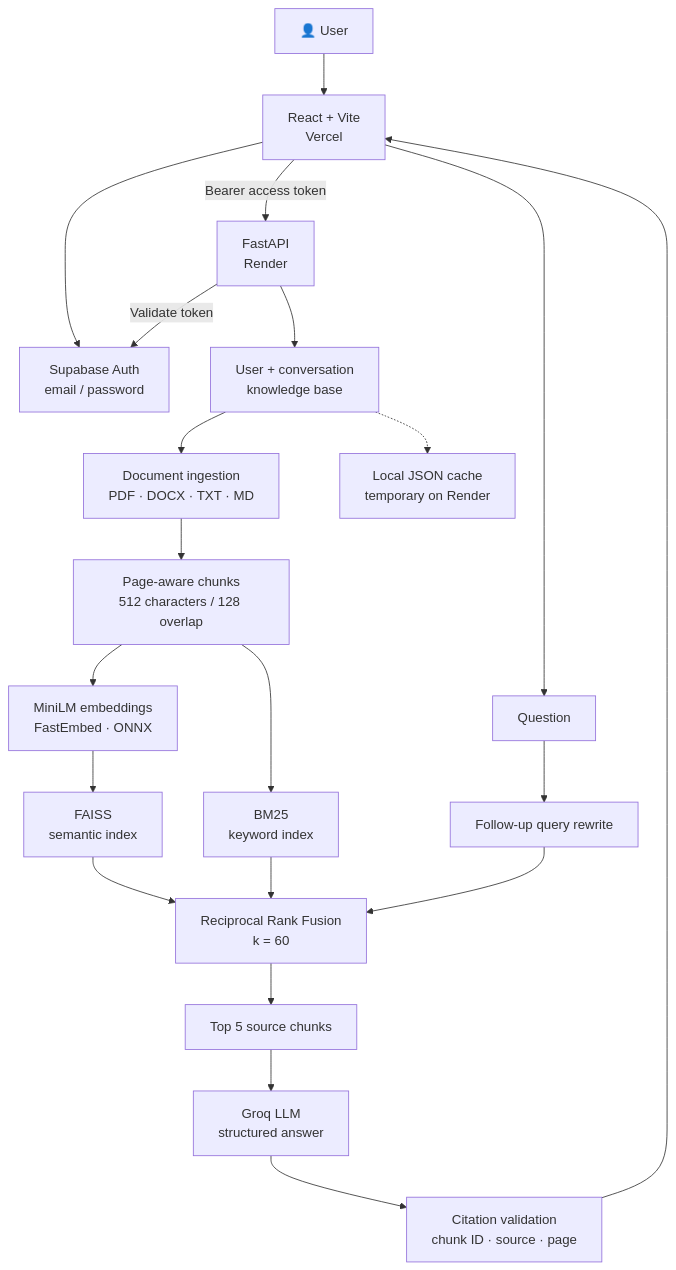
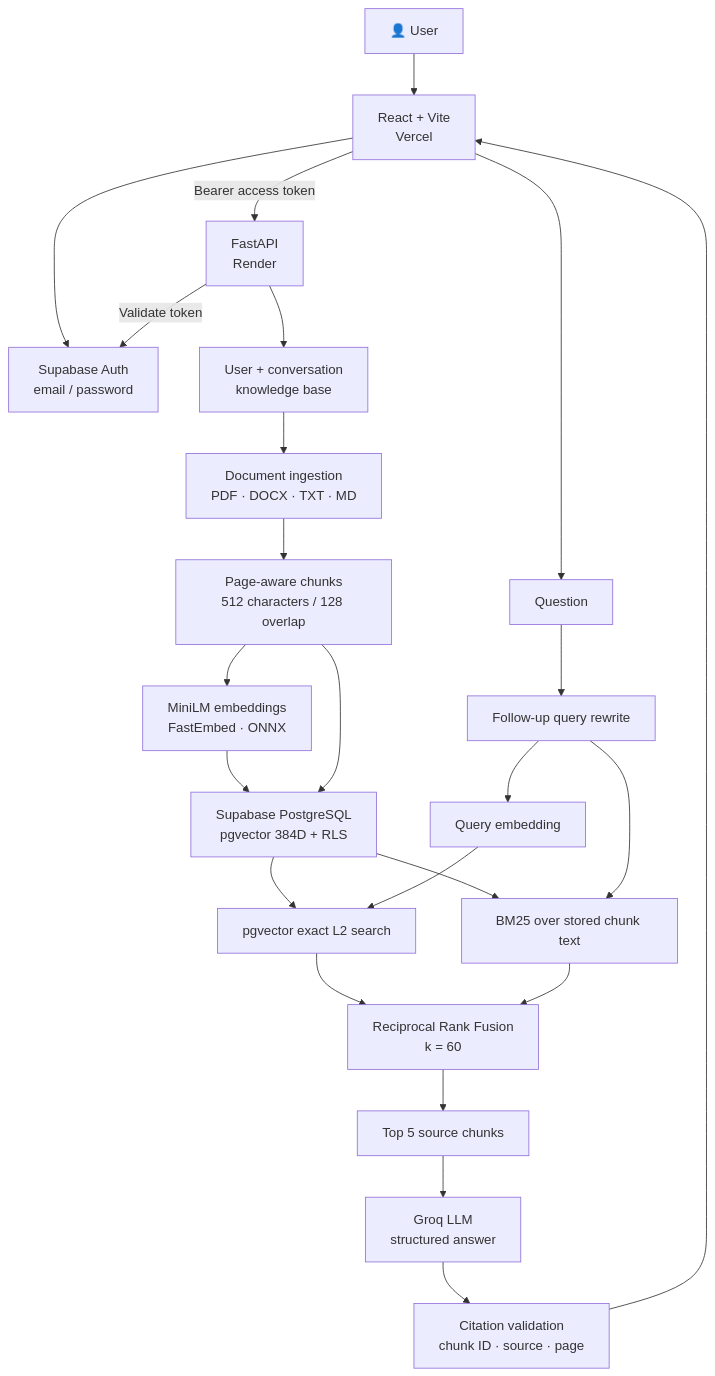
Before and after one commit to Raghavuchiha/querylens: the diagram in README.md, drawn with Mermaid. The commit also changed other lines of this file, not shown here.

Commit message:
Document pgvector architecture, security and migration status

````diff
--- a/README.md
+++ b/README.md
@@ -54,23 +56,26 @@
 ```mermaid
 flowchart TB
     USER["👤 User"] --> UI["React + Vite<br/>Vercel"]
     UI --> AUTH["Supabase Auth<br/>email / password"]
     UI -->|Bearer access token| API["FastAPI<br/>Render"]
     API -->|Validate token| AUTH
     API --> KBS["User + conversation<br/>knowledge base"]
     KBS --> UP["Document ingestion<br/>PDF · DOCX · TXT · MD"]
     UP --> CHUNK["Page-aware chunks<br/>512 characters / 128 overlap"]
     CHUNK --> EMB["MiniLM embeddings<br/>FastEmbed · ONNX"]
-    EMB --> FAISS["FAISS<br/>semantic index"]
-    CHUNK --> BM25["BM25<br/>keyword index"]
-    FAISS --> RRF["Reciprocal Rank Fusion<br/>k = 60"]
+    EMB --> DB["Supabase PostgreSQL<br/>pgvector 384D + RLS"]
+    CHUNK --> DB
+    DB --> VECTOR["pgvector exact L2 search"]
+    DB --> BM25["BM25 over stored chunk text"]
+    VECTOR --> RRF["Reciprocal Rank Fusion<br/>k = 60"]
     BM25 --> RRF
     UI --> Q["Question"]
     Q --> REWRITE["Follow-up query rewrite"]
-    REWRITE --> RRF
+    REWRITE --> QE["Query embedding"]
+    QE --> VECTOR
+    REWRITE --> BM25
     RRF --> TOP["Top 5 source chunks"]
     TOP --> LLM["Groq LLM<br/>structured answer"]
     LLM --> VERIFY["Citation validation<br/>chunk ID · source · page"]
     VERIFY --> UI
-    KBS -.-> LOCAL["Local JSON cache<br/>temporary on Render"]
 ```
````
